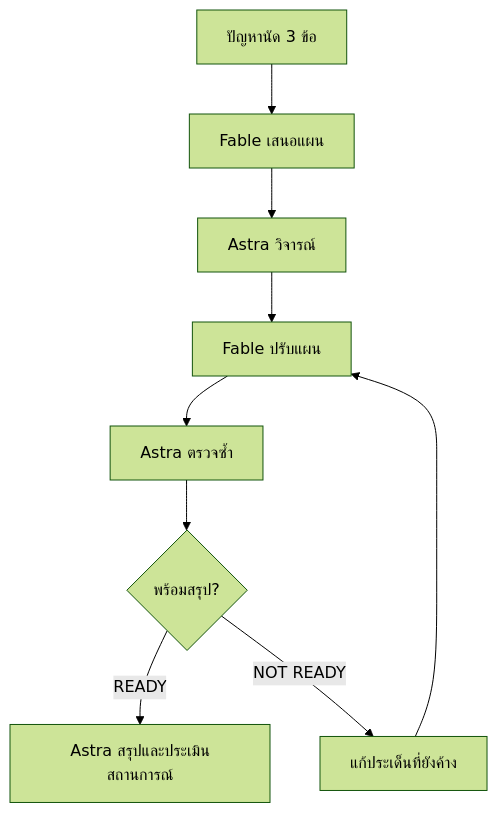
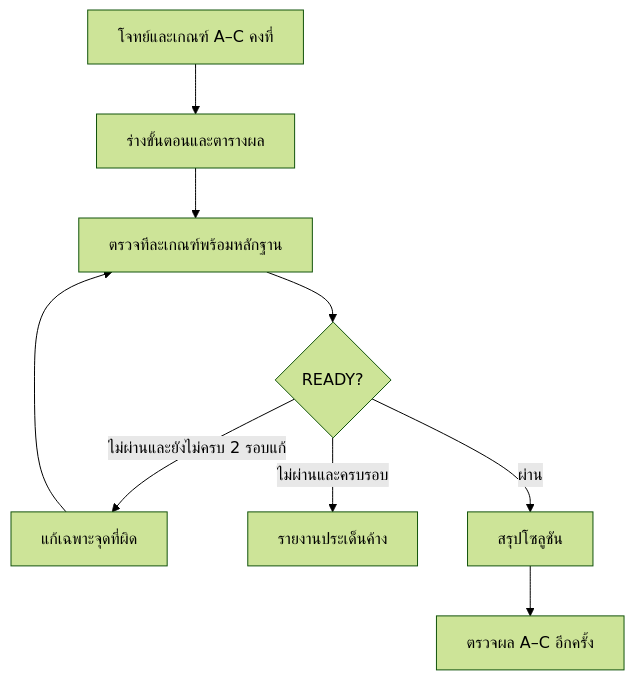
Before and after one commit to Tuchsanai/Teaching_CWN2026: the first of 2 diagrams in A/001_LAB_Setup_Multi_Account/README.md, drawn with Mermaid (forest theme). The commit also changed other lines of this file and 21 other files, not shown here.

````diff
--- a/A/001_LAB_Setup_Multi_Account/README.md
+++ b/A/001_LAB_Setup_Multi_Account/README.md
@@ -387,11 +427,11 @@
 ```mermaid
 flowchart TD
- A[ปัญหานัด 3 ข้อ] --> B[Fable เสนอแผน]
- B --> C[Astra วิจารณ์]
- C --> D[Fable ปรับแผน]
- D --> E[Astra ตรวจซ้ำ]
- E --> F{พร้อมสรุป?}
- F -->|READY| G[Astra สรุปและประเมินสถานการณ์]
- F -->|NOT READY| H[แก้ประเด็นที่ยังค้าง]
- H --> D
+ C[โจทย์และเกณฑ์ A–C คงที่] --> P[ร่างขั้นตอนและตารางผล]
+ P --> R[ตรวจทีละเกณฑ์พร้อมหลักฐาน]
+ R --> G{READY?}
+ G -->|ไม่ผ่านและยังไม่ครบ 2 รอบแก้| F[แก้เฉพาะจุดที่ผิด]
+ F --> R
+ G -->|ไม่ผ่านและครบรอบ| X[รายงานประเด็นค้าง]
+ G -->|ผ่าน| S[สรุปโซลูชัน]
+ S --> T[ตรวจผล A–C อีกครั้ง]
 ```
````
